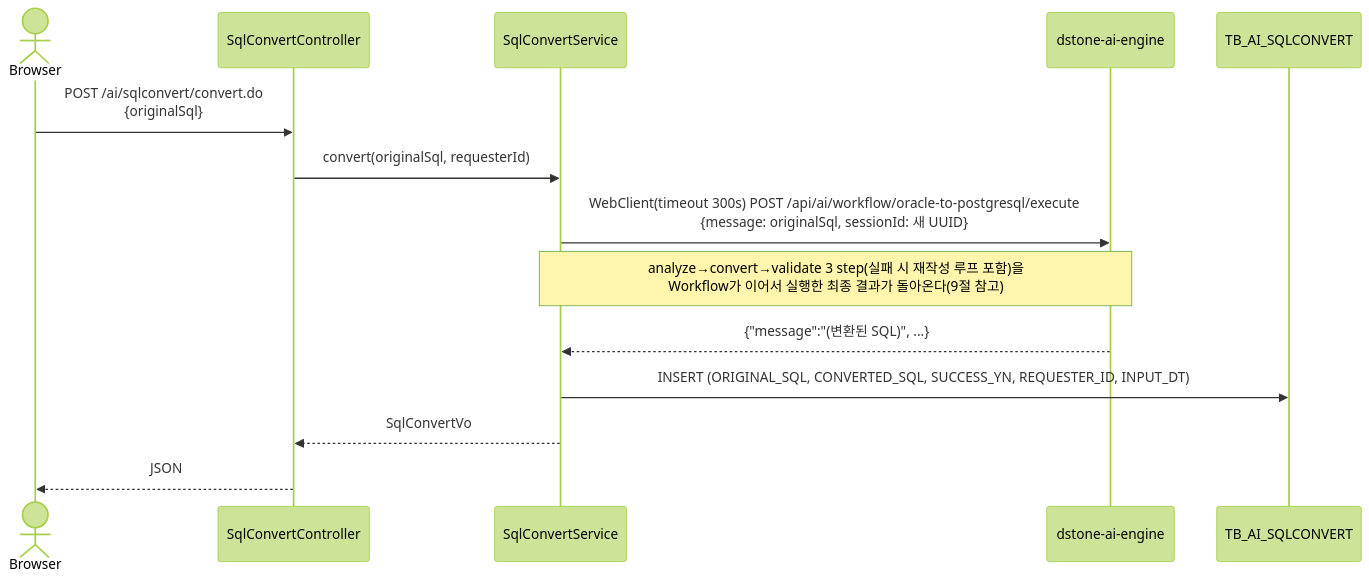
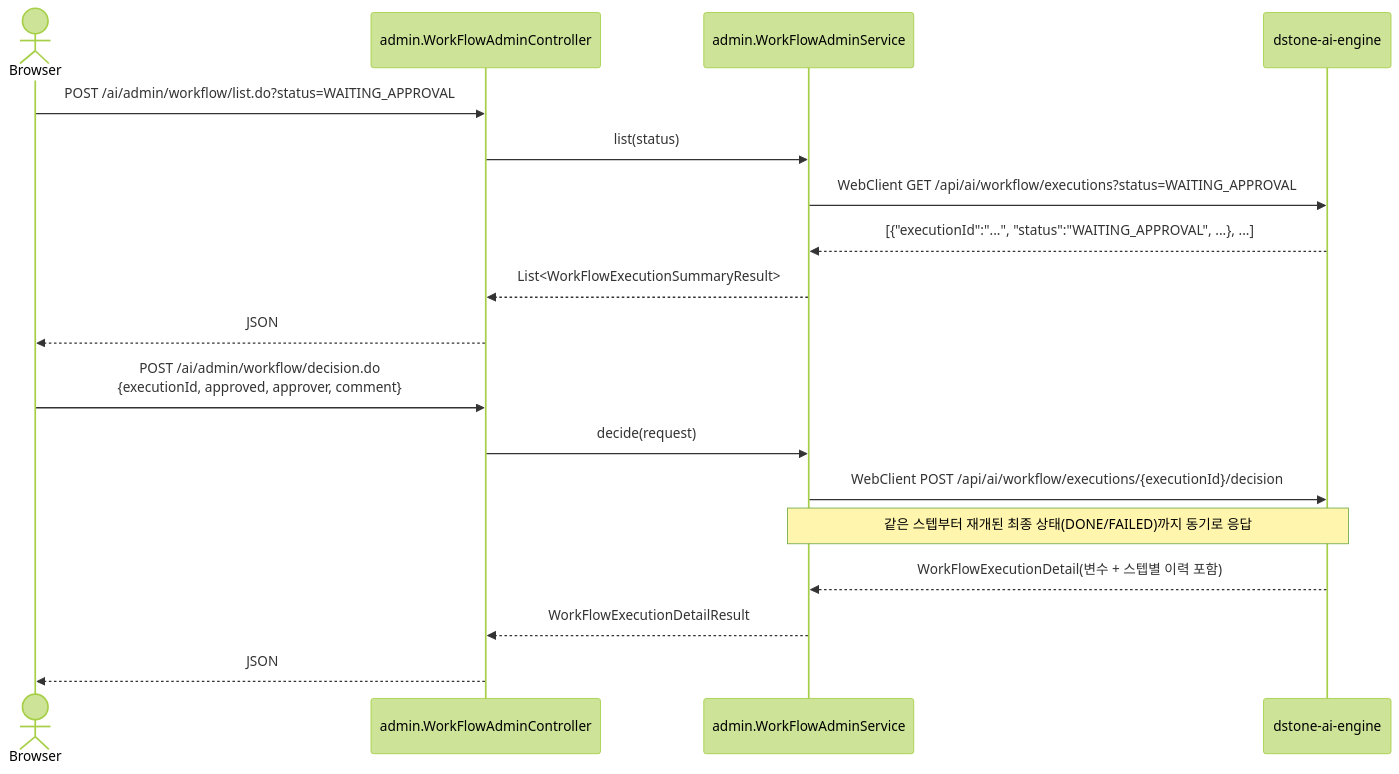
Before and after one commit to YongSoekChoeng/dstone: the fifth of 5 diagrams in docs/06.dstone-boot.md, drawn with Mermaid (forest theme). The commit also changed other lines of this file and 53 other files, not shown here.

````diff
--- a/docs/06.dstone-boot.md
+++ b/docs/06.dstone-boot.md
@@ -404,17 +471,22 @@
 ```mermaid
 sequenceDiagram
-    actor Browser
-    participant Ctrl as SqlConvertController
-    participant Svc as SqlConvertService
+    actor 운영자 as Browser
+    participant Ctrl as admin.WorkFlowAdminController
+    participant Svc as admin.WorkFlowAdminService
     participant Engine as dstone-ai-engine
-    participant DB as TB_AI_SQLCONVERT
 
-    Browser->>Ctrl: POST /ai/sqlconvert/convert.do<br/>{originalSql}
-    Ctrl->>Svc: convert(originalSql, requesterId)
-    Svc->>Engine: WebClient(timeout 300s) POST /api/ai/workflow/oracle-to-postgresql/execute<br/>{message: originalSql, sessionId: 새 UUID}
-    Note over Svc,Engine: analyze→convert→validate 3 step(실패 시 재작성 루프 포함)을<br/>Workflow가 이어서 실행한 최종 결과가 돌아온다(9절 참고)
-    Engine-->>Svc: {"message":"(변환된 SQL)", ...}
-    Svc->>DB: INSERT (ORIGINAL_SQL, CONVERTED_SQL, SUCCESS_YN, REQUESTER_ID, INPUT_DT)
-    Svc-->>Ctrl: SqlConvertVo
-    Ctrl-->>Browser: JSON
+    운영자->>Ctrl: POST /ai/admin/workflow/list.do?status=WAITING_APPROVAL
+    Ctrl->>Svc: list(status)
+    Svc->>Engine: WebClient GET /api/ai/workflow/executions?status=WAITING_APPROVAL
+    Engine-->>Svc: [{"executionId":"...", "status":"WAITING_APPROVAL", ...}, ...]
+    Svc-->>Ctrl: List<WorkFlowExecutionSummaryResult>
+    Ctrl-->>운영자: JSON
+
+    운영자->>Ctrl: POST /ai/admin/workflow/decision.do<br/>{executionId, approved, approver, comment}
+    Ctrl->>Svc: decide(request)
+    Svc->>Engine: WebClient POST /api/ai/workflow/executions/{executionId}/decision
+    Note over Svc,Engine: 같은 스텝부터 재개된 최종 상태(DONE/FAILED)까지 동기로 응답
+    Engine-->>Svc: WorkFlowExecutionDetail(변수 + 스텝별 이력 포함)
+    Svc-->>Ctrl: WorkFlowExecutionDetailResult
+    Ctrl-->>운영자: JSON
 ```
````
